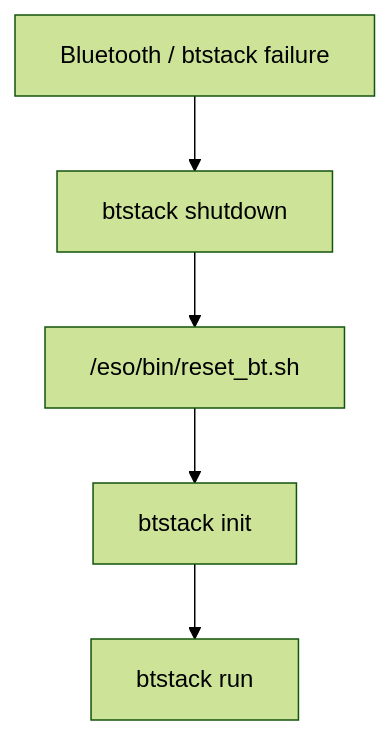
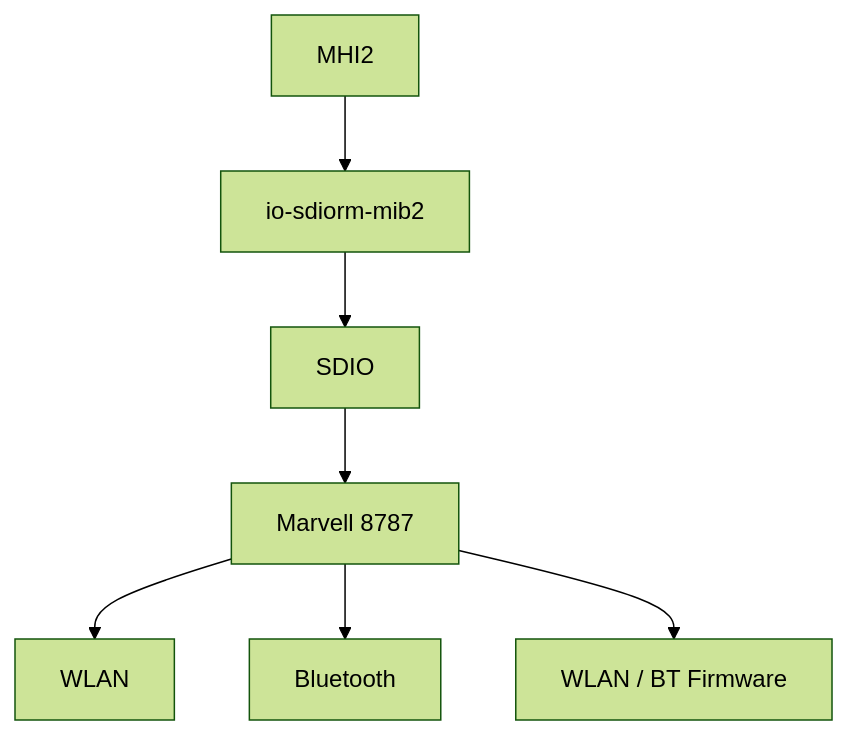
One commit to joeyQuery/MHI2-Wireless-CarPlay changed the fourth of 34 diagrams in docs/bluetooth.md. Above: the diagram before and after it, drawn with Mermaid (forest theme). The commit also changed other lines of this file, not shown here.

````diff
--- a/docs/bluetooth.md
+++ b/docs/bluetooth.md
@@ -147,13 +143,21 @@
 ```mermaid
 flowchart TB
-    FAILURE["Bluetooth / btstack failure"]
-    SHUTDOWN["btstack shutdown"]
-    RESET["/eso/bin/reset_bt.sh"]
-    INIT["btstack init"]
-    RUN["btstack run"]
+    MHI2["MHI2"]
 
-    FAILURE --> SHUTDOWN
-    SHUTDOWN --> RESET
-    RESET --> INIT
-    INIT --> RUN
+    SDIORM["io-sdiorm-mib2"]
+    SDIO["SDIO"]
+    MARVELL["Marvell 8787"]
+
+    WLAN["WLAN"]
+    BT["Bluetooth"]
+
+    FW["WLAN / BT Firmware"]
+
+    MHI2 --> SDIORM
+    SDIORM --> SDIO
+    SDIO --> MARVELL
+
+    MARVELL --> WLAN
+    MARVELL --> BT
+    MARVELL --> FW
 ```
````
